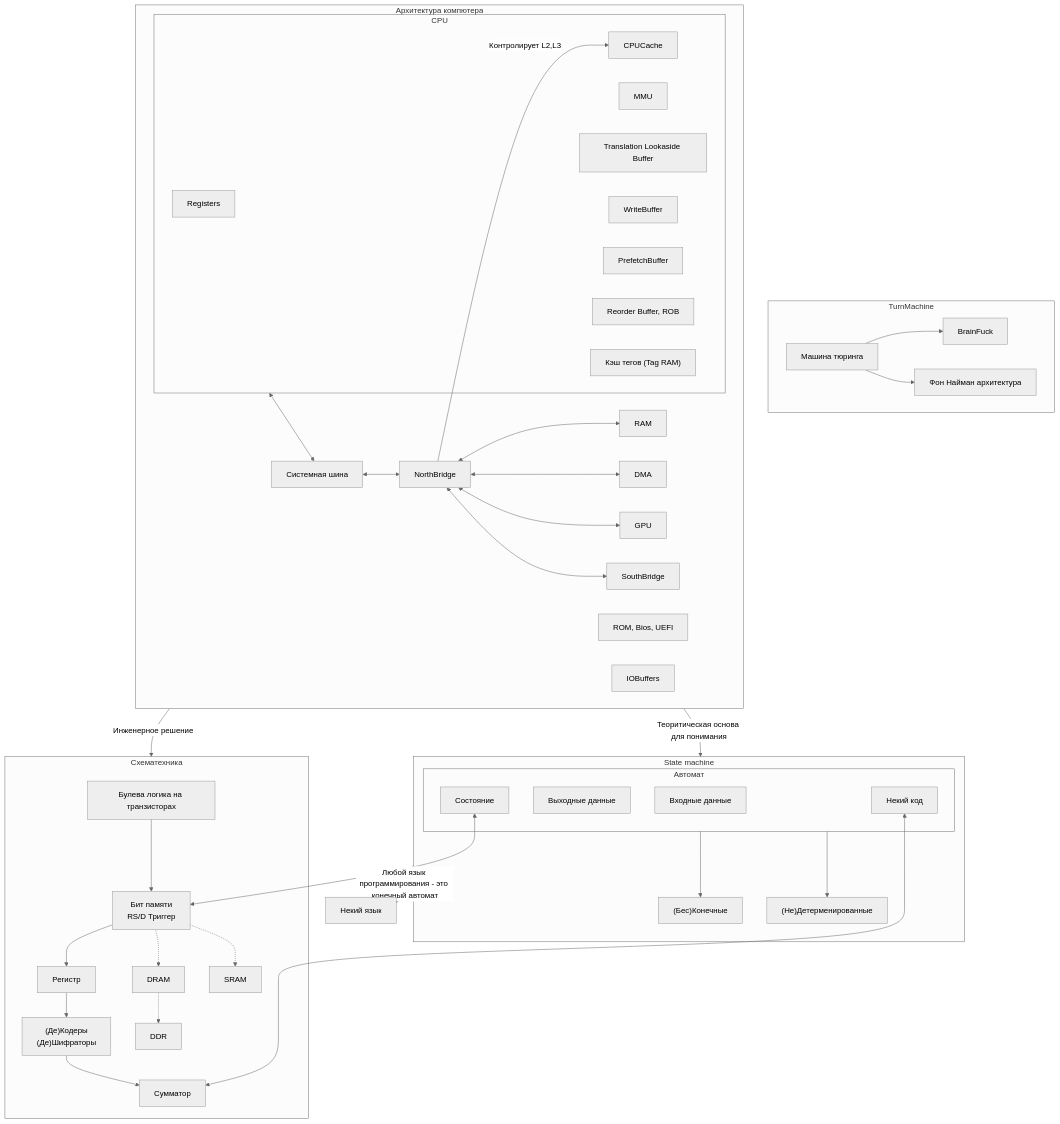
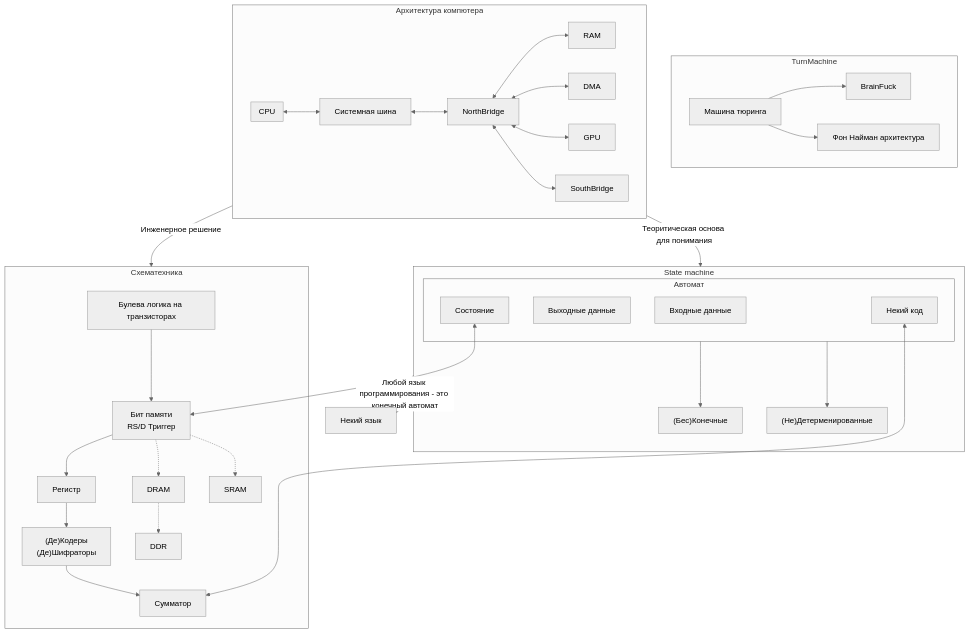
Before and after one commit to gochaorg/blog: the first of 2 diagrams in itdocs/lang/memo.md, drawn with Mermaid (neutral theme). The commit also changed other lines of this file, not shown here.

````diff
--- a/itdocs/lang/memo.md
+++ b/itdocs/lang/memo.md
@@ -7,74 +7,62 @@
 ```mermaid
 flowchart TD
 
 subgraph S[Схематехника]
   SLogic[Булева логика на транзисторах]  
   SBit["Бит памяти <br> RS/D Триггер"]
   SRegister[Регистр]
   SDecoder["(Де)Кодеры <br> (Де)Шифраторы"]
   SArifmetic[Сумматор]
   DRAM
   SRAM
   DDR
   SBit -.-> DRAM -.-> DDR
   SBit -.-> SRAM
   SLogic --> SBit --> SRegister --> SDecoder --> SArifmetic
 end
 
 subgraph StateMache[State machine]
     subgraph BlackBox[Автомат]
         SMInput[Входные данные]
         SMOutput[Выходные данные]
         SMState[Состояние]
         SMCode[Некий код]
     end
 
     BlackBox --> SMFinitive["(Бес)Конечные"]
     BlackBox --> SMDeterm["(Не)Детерменированные"]
 end
 
 SMState <--> SBit
 SMCode <--> SArifmetic
 
 StateMache --> |Любой язык программирования - это конечный автомат| SomeLanguage[Некий язык]
 
     subgraph TurnMachine
         TurningMachine[Машина тюринга]
         BrainFuck
         FonNaiman[Фон Найман архитектура]
 
         TurningMachine --> BrainFuck
         TurningMachine --> FonNaiman
     end
 
 
 subgraph ComputerArch[Архитектура компютера]
     SystemBus[Системная шина]
 
     subgraph CPU
-        Registers
-        MMU
-        TLB[Translation Lookaside Buffer]
-        CPUCache
-        WriteBuffer
-        PrefetchBuffer
-        ReorderBuffer[Reorder Buffer, ROB]
-        TagRAM["Кэш тегов (Tag RAM)"]
     end
 
     DMA
     SouthBridge
     CPU <--> SystemBus <--> NorthBridge <--> RAM
     NorthBridge <--> DMA
     NorthBridge <--> GPU
     NorthBridge <--> SouthBridge
-    NorthBridge --> |Контролирует L2,L3| CPUCache
-
-    ROM[ROM, Bios, UEFI]
-    IOBuffers
 
 end
 
 ComputerArch --> |Теоритическая основа для понимания| StateMache
 ComputerArch --> |Инженерное решение| S
 ```
````
